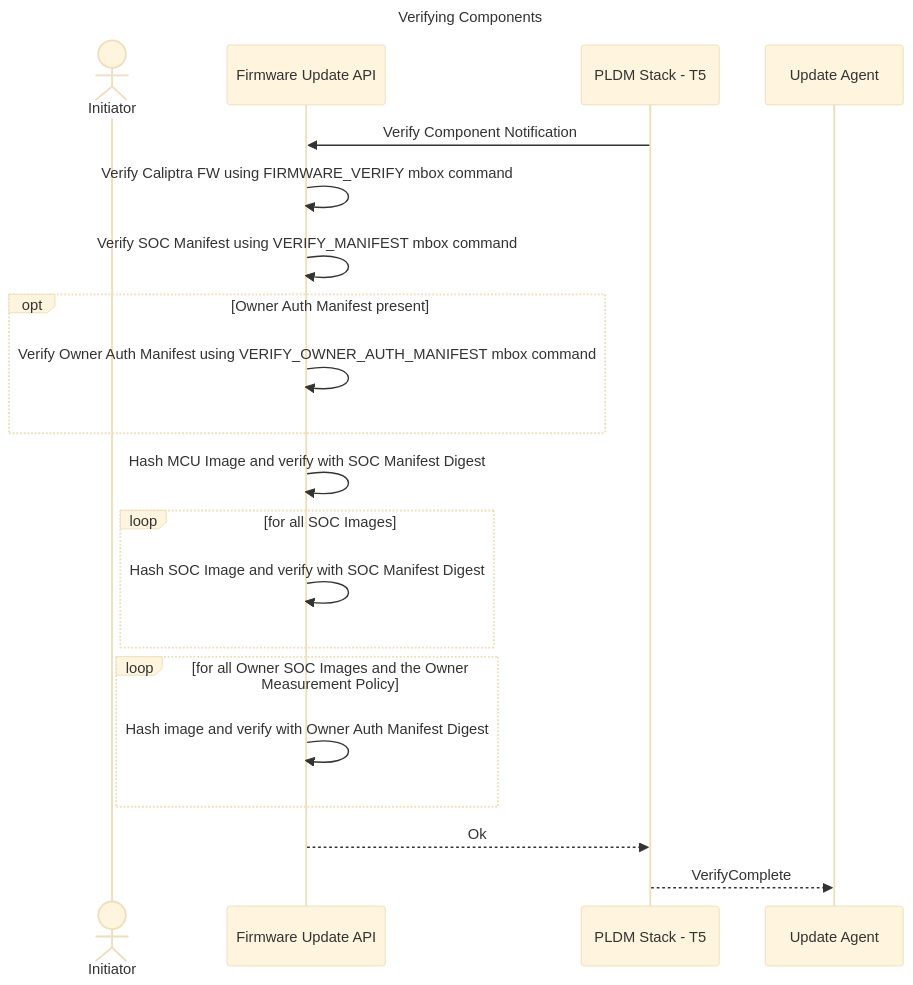
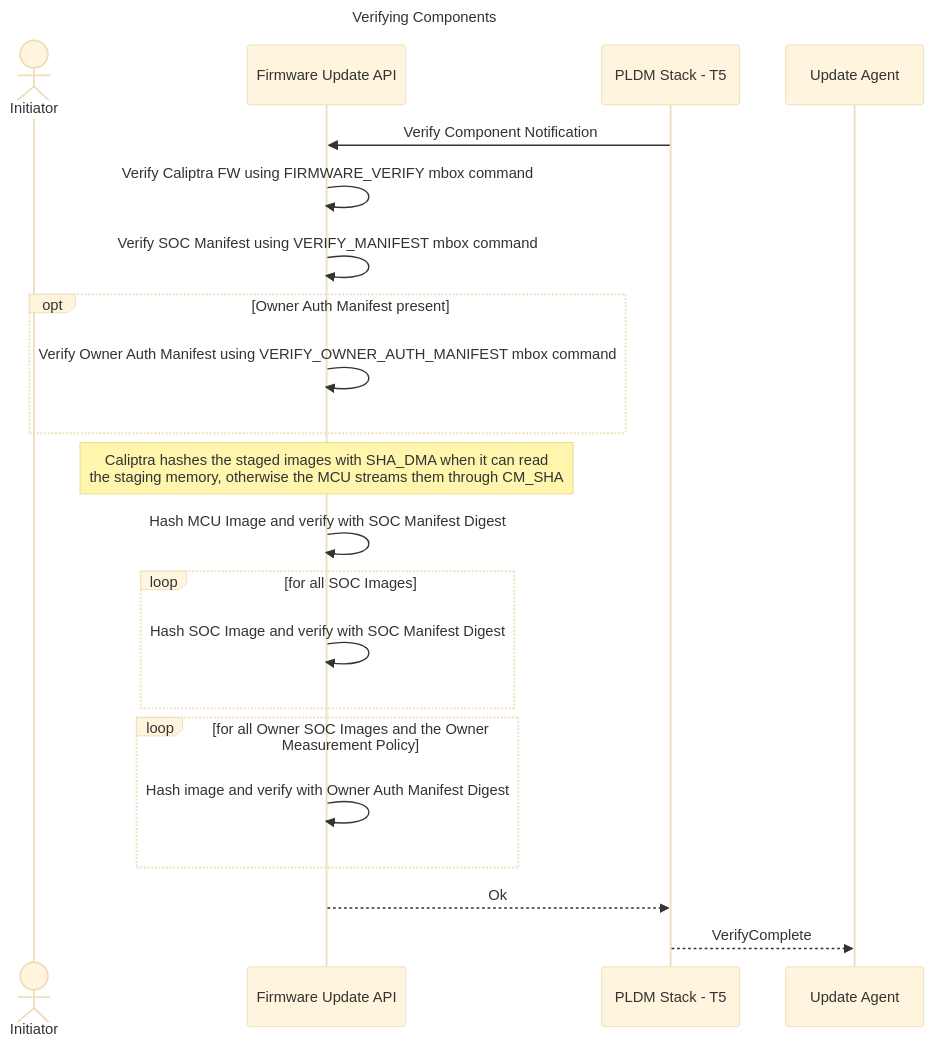
Before and after one commit to chipsalliance/caliptra-mcu-sw: the seventh of 10 diagrams in docs/src/firmware_update.md, drawn with Mermaid (base theme). The commit also changed other lines of this file, not shown here.

Commit message:
docs: describe SHA_DMA in the firmware update flow

````diff
--- a/docs/src/firmware_update.md
+++ b/docs/src/firmware_update.md
@@ -131,27 +131,28 @@
 ```mermaid
 sequenceDiagram
     title Verifying Components
 
     actor App as Initiator
     participant API as Firmware Update API
     participant Firmware as PLDM Stack - T5
     participant PLDM as Update Agent
 
     Firmware->>API: Verify Component Notification
 
     API->>API: Verify Caliptra FW using FIRMWARE_VERIFY mbox command
     API->>API: Verify SOC Manifest using VERIFY_MANIFEST mbox command
     opt Owner Auth Manifest present
         API->>API: Verify Owner Auth Manifest using VERIFY_OWNER_AUTH_MANIFEST mbox command
     end
+    Note over API: Caliptra hashes the staged images with SHA_DMA when it can read<br/>the staging memory, otherwise the MCU streams them through CM_SHA
     API->>API: Hash MCU Image and verify with SOC Manifest Digest
     loop for all SOC Images
         API->>API: Hash SOC Image and verify with SOC Manifest Digest
     end
     loop for all Owner SOC Images and the Owner Measurement Policy
         API->>API: Hash image and verify with Owner Auth Manifest Digest
     end
 
     API-->>Firmware: Ok
     Firmware-->>PLDM: VerifyComplete
 ```
````
